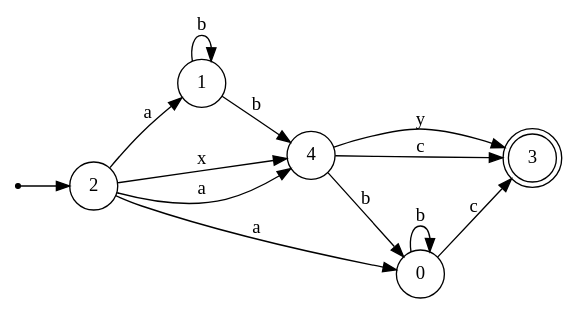
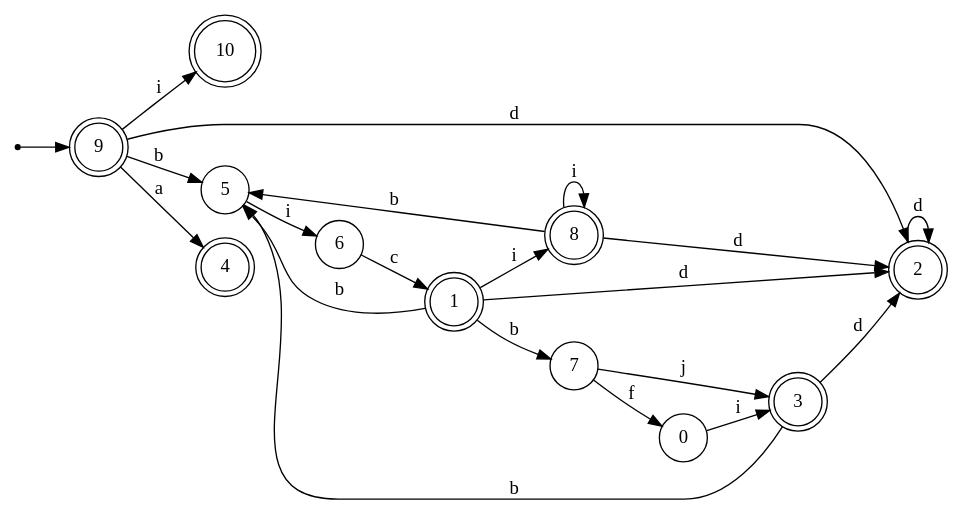
Before and after one commit to LeonardoDeFaveri/NFA-minimization: the diagram in minimized/pre_priority.gv, drawn with Graphviz. The commit also changed 16 other files, not shown here.

Commit message:
Changed  from Graph with  to graph with placeholders as keys

```diff
--- a/minimized/pre_priority.gv
+++ b/minimized/pre_priority.gv
@@ -1,22 +1,36 @@
 digraph {
 	rankdir = LR;
 	size = "30,20";
 	node [shape = point]; "dummy0"
-	node [shape = circle]; "2"
-	"dummy0" -> "2";
-	node [shape = circle]; "1";
+	node [shape = doublecircle]; "9"
+	"dummy0" -> "9";
+	node [shape = doublecircle]; "10";
+	node [shape = circle]; "0";
+	node [shape = doublecircle]; "2";
+	node [shape = circle]; "5";
+	node [shape = doublecircle]; "1";
+	node [shape = circle]; "7";
 	node [shape = doublecircle]; "3";
-	node [shape = circle]; "4";
-	node [shape = circle]; "0";
-	"2" -> "4" [label = "x"];
-	"2" -> "4" [label = "a"];
-	"2" -> "0" [label = "a"];
-	"2" -> "1" [label = "a"];
-	"4" -> "3" [label = "y"];
-	"4" -> "3" [label = "c"];
-	"4" -> "0" [label = "b"];
-	"1" -> "1" [label = "b"];
-	"1" -> "4" [label = "b"];
-	"0" -> "0" [label = "b"];
-	"0" -> "3" [label = "c"];
+	node [shape = doublecircle]; "4";
+	node [shape = doublecircle]; "8";
+	node [shape = circle]; "6";
+	"2" -> "2" [label = "d"];
+	"0" -> "3" [label = "i"];
+	"6" -> "1" [label = "c"];
+	"7" -> "0" [label = "f"];
+	"7" -> "3" [label = "j"];
+	"9" -> "2" [label = "d"];
+	"9" -> "5" [label = "b"];
+	"9" -> "4" [label = "a"];
+	"9" -> "10" [label = "i"];
+	"5" -> "6" [label = "i"];
+	"1" -> "8" [label = "i"];
+	"1" -> "2" [label = "d"];
+	"1" -> "5" [label = "b"];
+	"1" -> "7" [label = "b"];
+	"3" -> "2" [label = "d"];
+	"3" -> "5" [label = "b"];
+	"8" -> "8" [label = "i"];
+	"8" -> "5" [label = "b"];
+	"8" -> "2" [label = "d"];
 }
```
